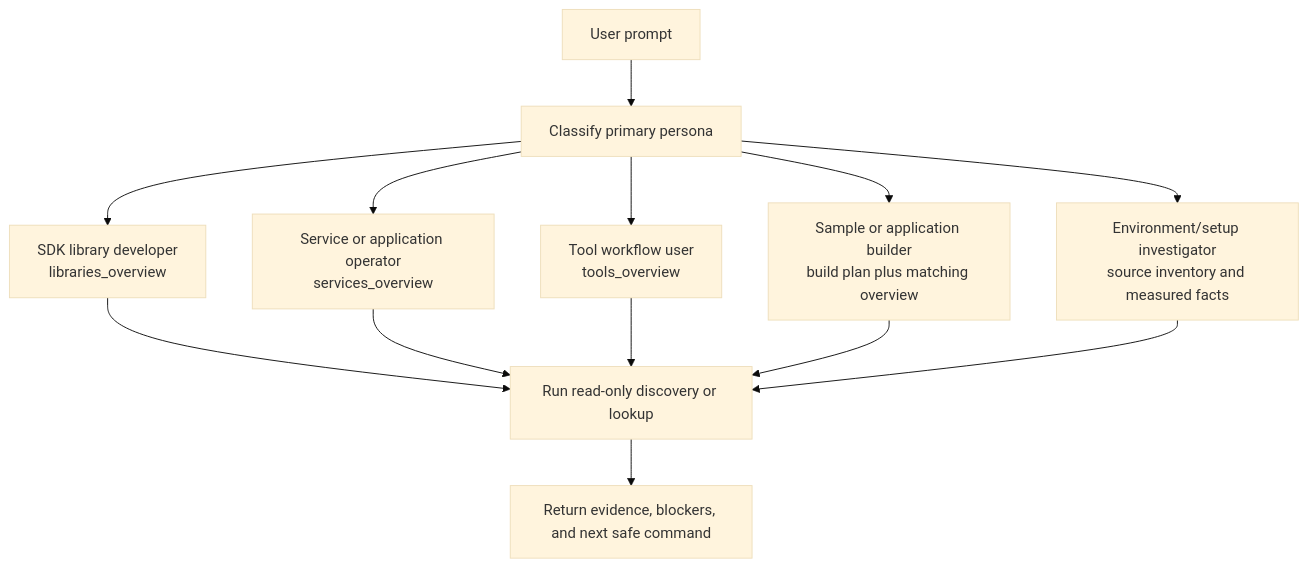
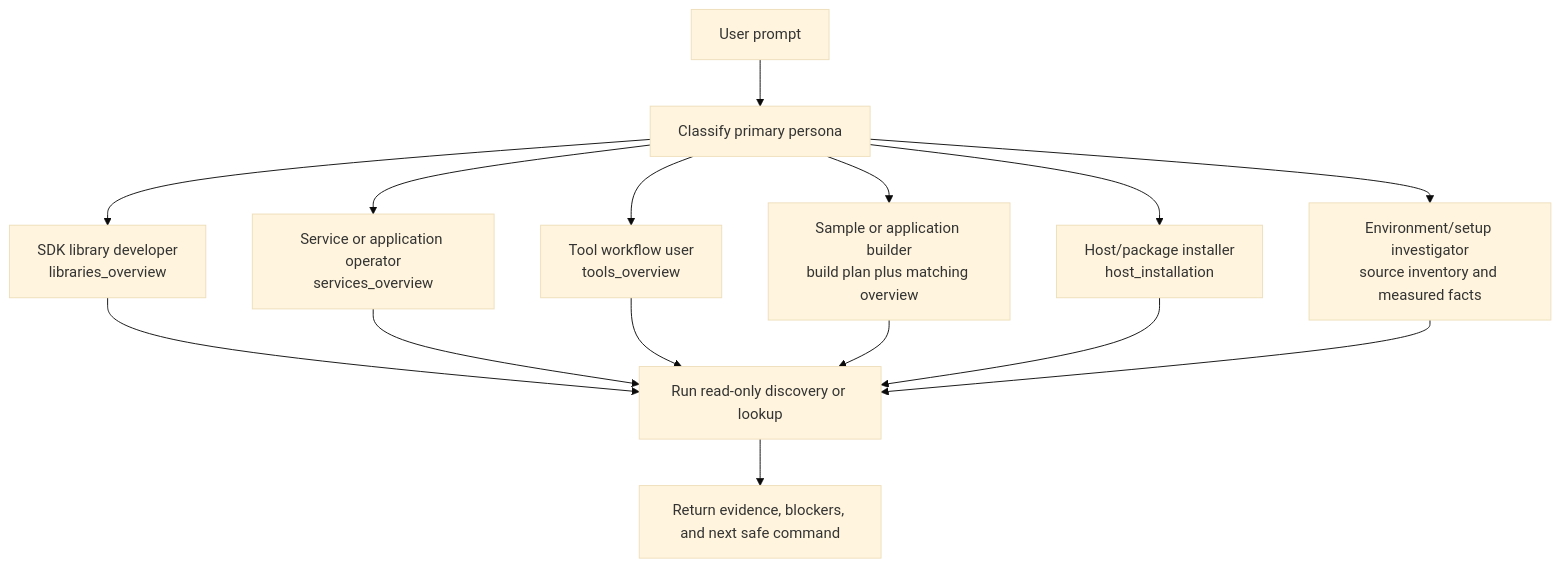
The diagram in guides/persona-routing.md (NVIDIA-DOCA/doca-skills), drawn with Mermaid (base theme) before and after one commit. The commit also changed other lines of this file and 11 other files, not shown here.

````diff
--- a/guides/persona-routing.md
+++ b/guides/persona-routing.md
@@ -22,25 +23,28 @@
 ```mermaid
 flowchart TD
     prompt["User prompt"]
     classify["Classify primary persona"]
     library["SDK library developer<br/>libraries_overview"]
     service["Service or application operator<br/>services_overview"]
     tool["Tool workflow user<br/>tools_overview"]
     sample["Sample or application builder<br/>build plan plus matching overview"]
+    host["Host/package installer<br/>host_installation"]
     setup["Environment/setup investigator<br/>source inventory and measured facts"]
     evidence["Run read-only discovery or lookup"]
     answer["Return evidence, blockers, and next safe command"]
 
     prompt --> classify
     classify --> library
     classify --> service
     classify --> tool
     classify --> sample
+    classify --> host
     classify --> setup
     library --> evidence
     service --> evidence
     tool --> evidence
     sample --> evidence
+    host --> evidence
     setup --> evidence
     evidence --> answer
 ```
````
